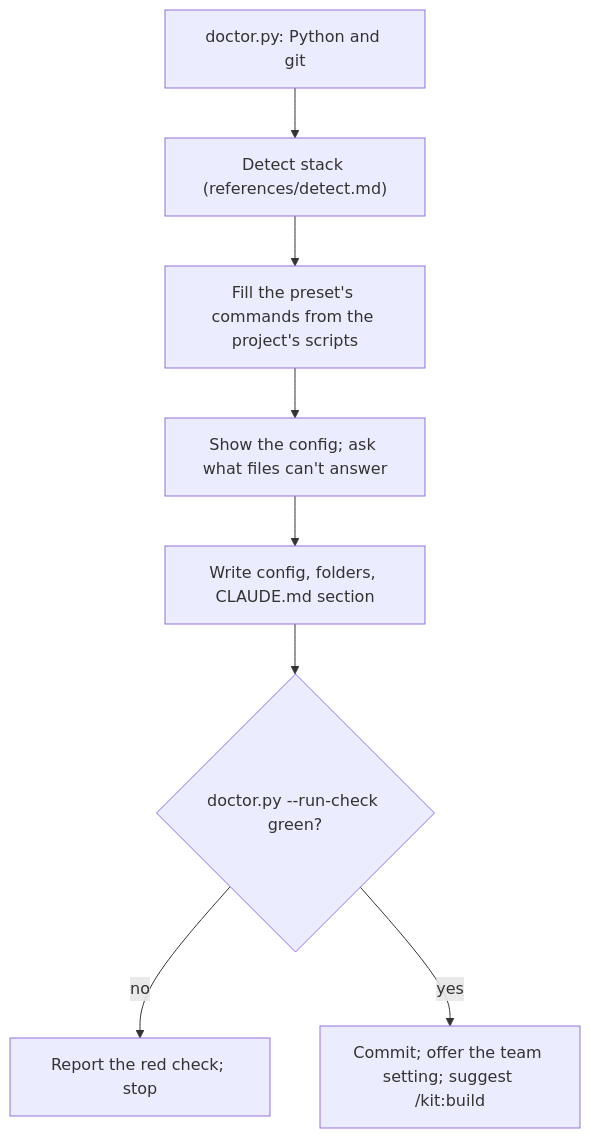
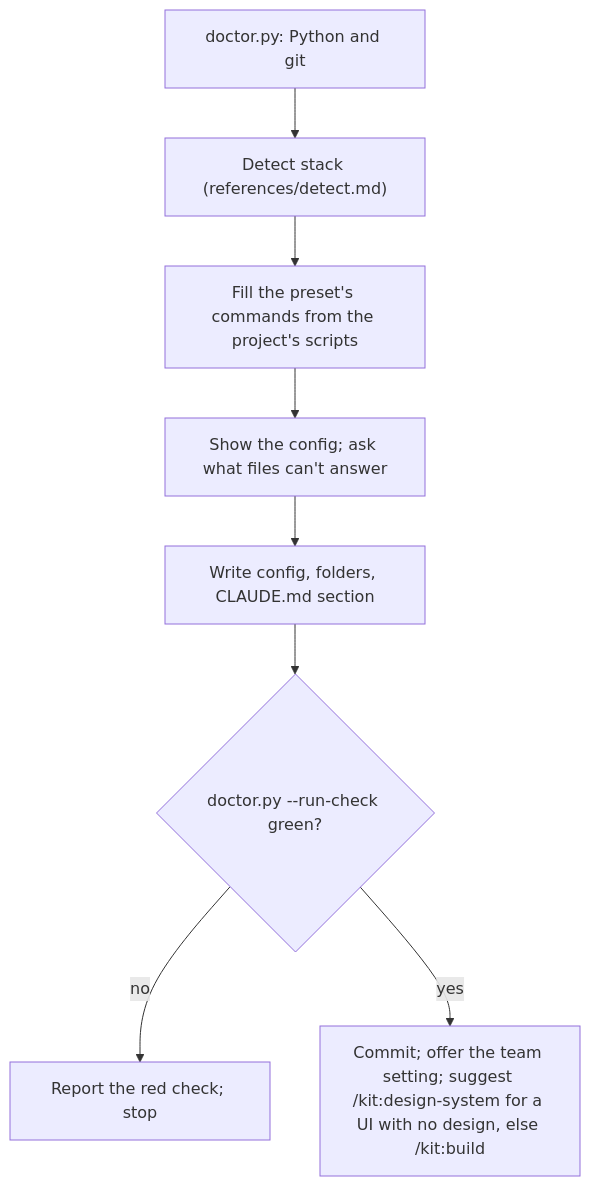
The diagram in skills/setup/SKILL.md (nateshernandez/skills), drawn with Mermaid before and after one commit. The commit also changed other lines of this file and 6 other files, not shown here.

````diff
--- a/skills/setup/SKILL.md
+++ b/skills/setup/SKILL.md
@@ -28,10 +29,10 @@
 ```mermaid
 flowchart TD
   A["doctor.py: Python and git"] --> B["Detect stack (references/detect.md)"]
   B --> C["Fill the preset's commands from the project's scripts"]
   C --> D["Show the config; ask what files can't answer"]
   D --> E["Write config, folders, CLAUDE.md section"]
   E --> F{"doctor.py --run-check green?"}
   F -- no --> G["Report the red check; stop"]
-  F -- yes --> H["Commit; offer the team setting; suggest /kit:build"]
+  F -- yes --> H["Commit; offer the team setting; suggest /kit:design-system for a UI with no design, else /kit:build"]
 ```
````
